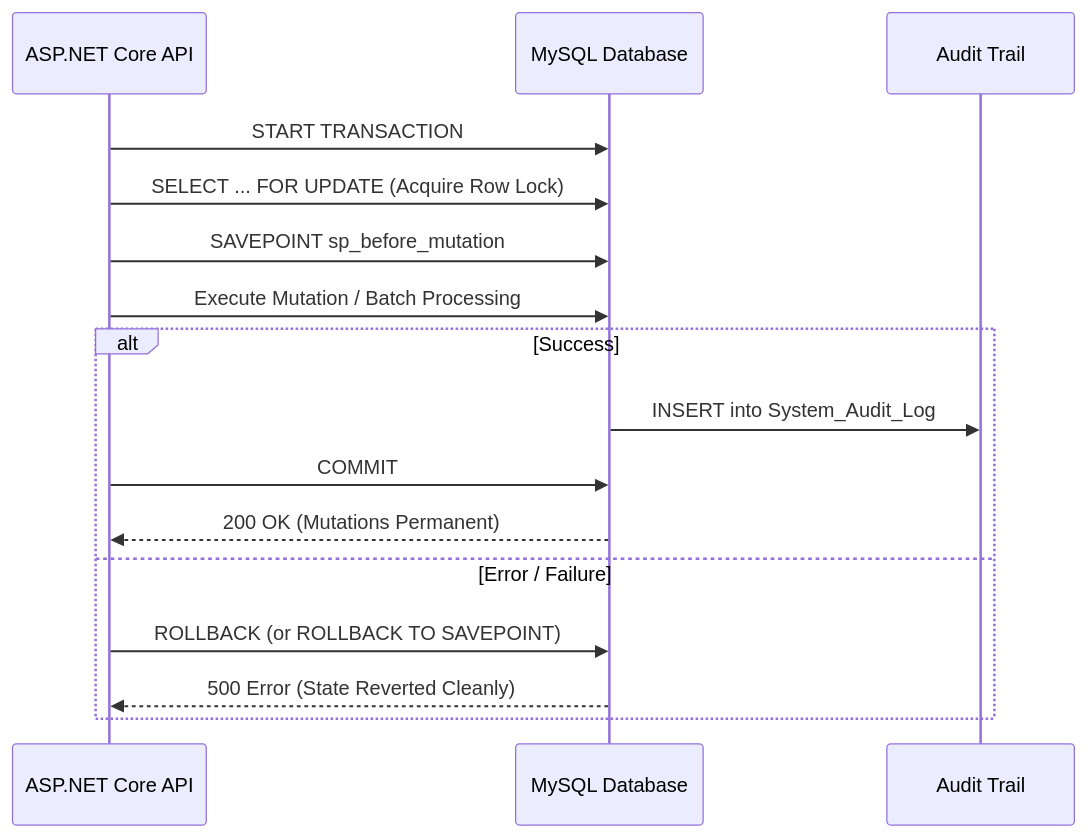
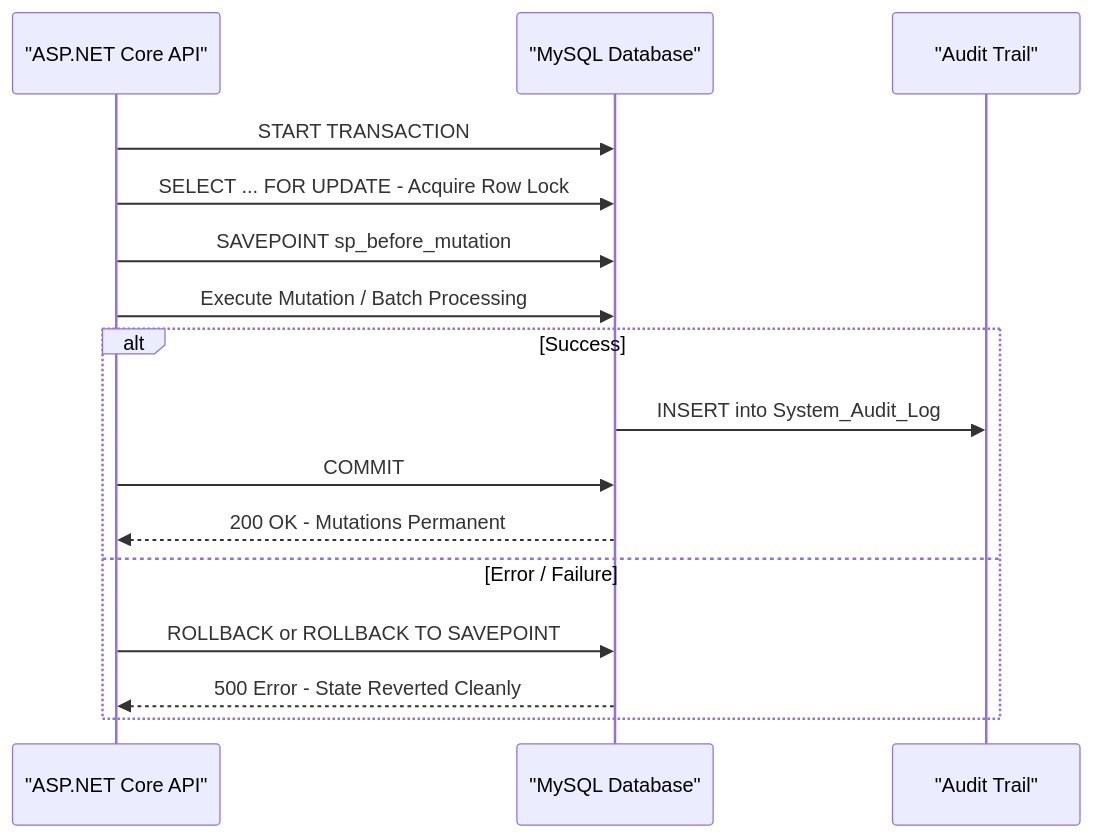
The second of 2 diagrams in docs/database/security-and-transactions.md (arif-z04/PayPulse), drawn with Mermaid before and after one commit. The commit also changed 6 other files, not shown here.

Commit message:
fix(docs): resolve Mermaid syntax errors and quote edge/node labels for GitHub renderer

````diff
--- a/docs/database/security-and-transactions.md
+++ b/docs/database/security-and-transactions.md
@@ -93,19 +93,19 @@
 ```mermaid
 sequenceDiagram
-    participant API as ASP.NET Core API
-    participant DB as MySQL Database
-    participant AUD as Audit Trail
+    participant API as "ASP.NET Core API"
+    participant DB as "MySQL Database"
+    participant AUD as "Audit Trail"
 
     API->>DB: START TRANSACTION
-    API->>DB: SELECT ... FOR UPDATE (Acquire Row Lock)
+    API->>DB: SELECT ... FOR UPDATE - Acquire Row Lock
     API->>DB: SAVEPOINT sp_before_mutation
     API->>DB: Execute Mutation / Batch Processing
     alt Success
         DB->>AUD: INSERT into System_Audit_Log
         API->>DB: COMMIT
-        DB-->>API: 200 OK (Mutations Permanent)
+        DB-->>API: 200 OK - Mutations Permanent
     else Error / Failure
-        API->>DB: ROLLBACK (or ROLLBACK TO SAVEPOINT)
-        DB-->>API: 500 Error (State Reverted Cleanly)
+        API->>DB: ROLLBACK or ROLLBACK TO SAVEPOINT
+        DB-->>API: 500 Error - State Reverted Cleanly
     end
 ```
````
